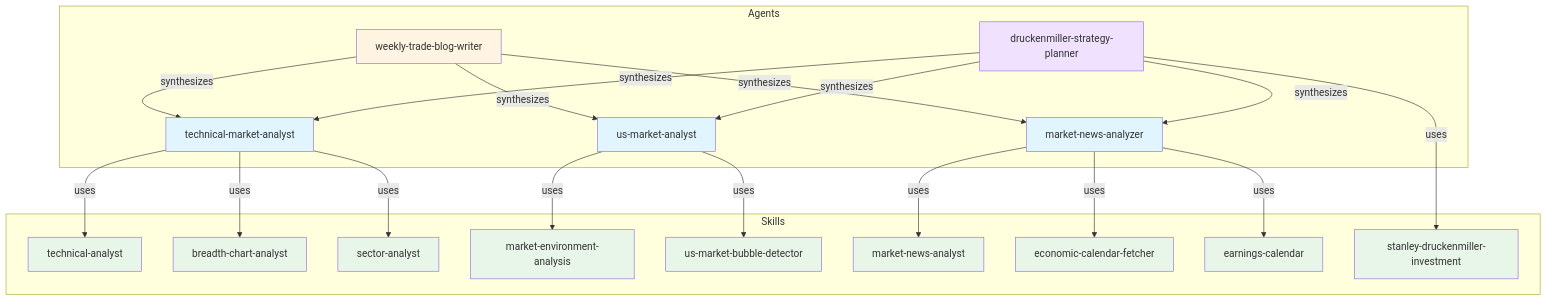
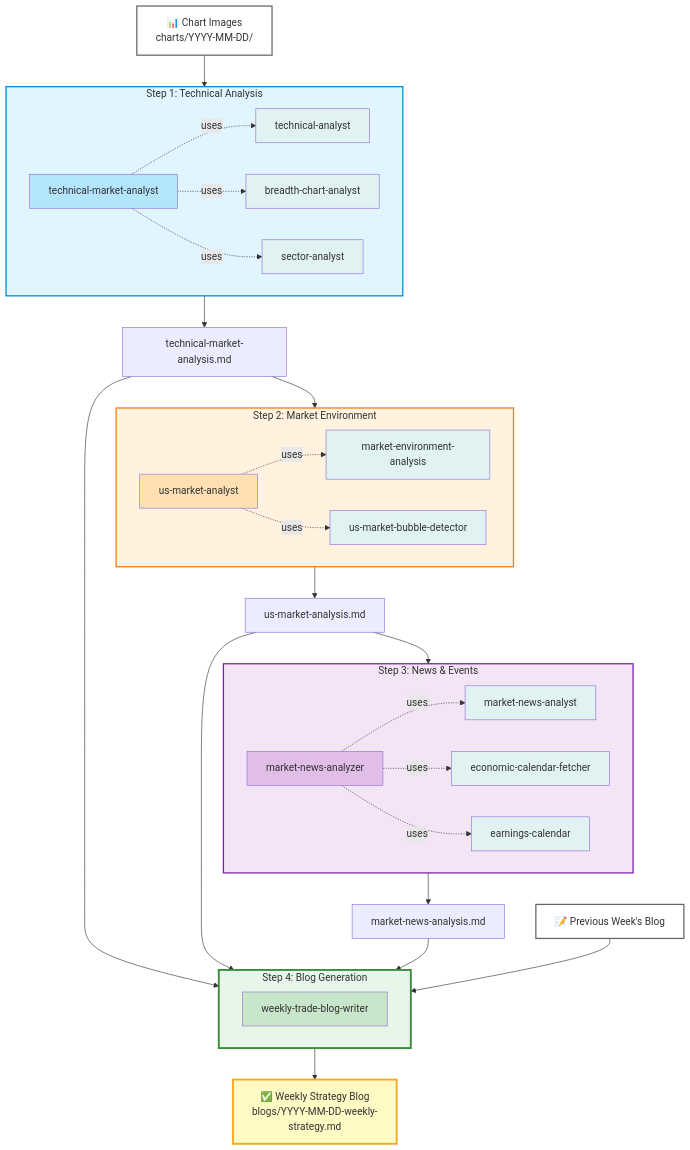
One commit to tradermonty/claude-weekly-trade-strategy changed the first of 2 diagrams in README.md. Above: the diagram before and after it, drawn with Mermaid. The commit also changed other lines of this file, not shown here.

First line of the commit message:
Refocus architecture diagram on weekly-trade-blog-writer workflow

````diff
--- a/README.md
+++ b/README.md
@@ -27,57 +27,71 @@
 ```mermaid
 graph TB
-    subgraph "Agents"
+    Charts[📊 Chart Images<br/>charts/YYYY-MM-DD/] --> Step1
+
+    subgraph Step1["Step 1: Technical Analysis"]
         A1[technical-market-analyst]
-        A2[us-market-analyst]
-        A3[market-news-analyzer]
-        A4[weekly-trade-blog-writer]
-        A5[druckenmiller-strategy-planner]
-    end
-
-    subgraph "Skills"
         S1[technical-analyst]
         S2[breadth-chart-analyst]
         S3[sector-analyst]
+        A1 -.uses.-> S1
+        A1 -.uses.-> S2
+        A1 -.uses.-> S3
+    end
+
+    Step1 --> R1[technical-market-analysis.md]
+    R1 --> Step2
+
+    subgraph Step2["Step 2: Market Environment"]
+        A2[us-market-analyst]
         S4[market-environment-analysis]
         S5[us-market-bubble-detector]
+        A2 -.uses.-> S4
+        A2 -.uses.-> S5
+    end
+
+    Step2 --> R2[us-market-analysis.md]
+    R2 --> Step3
+
+    subgraph Step3["Step 3: News & Events"]
+        A3[market-news-analyzer]
         S6[market-news-analyst]
         S7[economic-calendar-fetcher]
         S8[earnings-calendar]
-        S9[stanley-druckenmiller-investment]
+        A3 -.uses.-> S6
+        A3 -.uses.-> S7
+        A3 -.uses.-> S8
     end
 
-    A1 -->|uses| S1
-    A1 -->|uses| S2
-    A1 -->|uses| S3
+    Step3 --> R3[market-news-analysis.md]
 
-    A2 -->|uses| S4
-    A2 -->|uses| S5
+    R1 --> Step4
+    R2 --> Step4
+    R3 --> Step4
+    PrevBlog[📝 Previous Week's Blog] --> Step4
 
-    A3 -->|uses| S6
-    A3 -->|uses| S7
-    A3 -->|uses| S8
+    subgraph Step4["Step 4: Blog Generation"]
+        A4[weekly-trade-blog-writer]
+    end
 
-    A4 -->|synthesizes| A1
-    A4 -->|synthesizes| A2
-    A4 -->|synthesizes| A3
+    Step4 --> Blog[✅ Weekly Strategy Blog<br/>blogs/YYYY-MM-DD-weekly-strategy.md]
 
-    A5 -->|uses| S9
-    A5 -->|synthesizes| A1
-    A5 -->|synthesizes| A2
-    A5 -->|synthesizes| A3
-
-    style A1 fill:#e1f5ff
-    style A2 fill:#e1f5ff
-    style A3 fill:#e1f5ff
-    style A4 fill:#fff4e1
-    style A5 fill:#f0e1ff
-    style S1 fill:#e8f5e9
-    style S2 fill:#e8f5e9
-    style S3 fill:#e8f5e9
-    style S4 fill:#e8f5e9
-    style S5 fill:#e8f5e9
-    style S6 fill:#e8f5e9
-    style S7 fill:#e8f5e9
-    style S8 fill:#e8f5e9
-    style S9 fill:#e8f5e9
+    style Step1 fill:#e1f5ff,stroke:#0288d1,stroke-width:2px
+    style Step2 fill:#fff3e0,stroke:#f57c00,stroke-width:2px
+    style Step3 fill:#f3e5f5,stroke:#7b1fa2,stroke-width:2px
+    style Step4 fill:#e8f5e9,stroke:#388e3c,stroke-width:3px
+    style Blog fill:#fff9c4,stroke:#f9a825,stroke-width:3px
+    style Charts fill:#fff,stroke:#666,stroke-width:2px
+    style PrevBlog fill:#fff,stroke:#666,stroke-width:2px
+    style A1 fill:#b3e5fc
+    style A2 fill:#ffe0b2
+    style A3 fill:#e1bee7
+    style A4 fill:#c8e6c9
+    style S1 fill:#e0f2f1
+    style S2 fill:#e0f2f1
+    style S3 fill:#e0f2f1
+    style S4 fill:#e0f2f1
+    style S5 fill:#e0f2f1
+    style S6 fill:#e0f2f1
+    style S7 fill:#e0f2f1
+    style S8 fill:#e0f2f1
 ```
````
